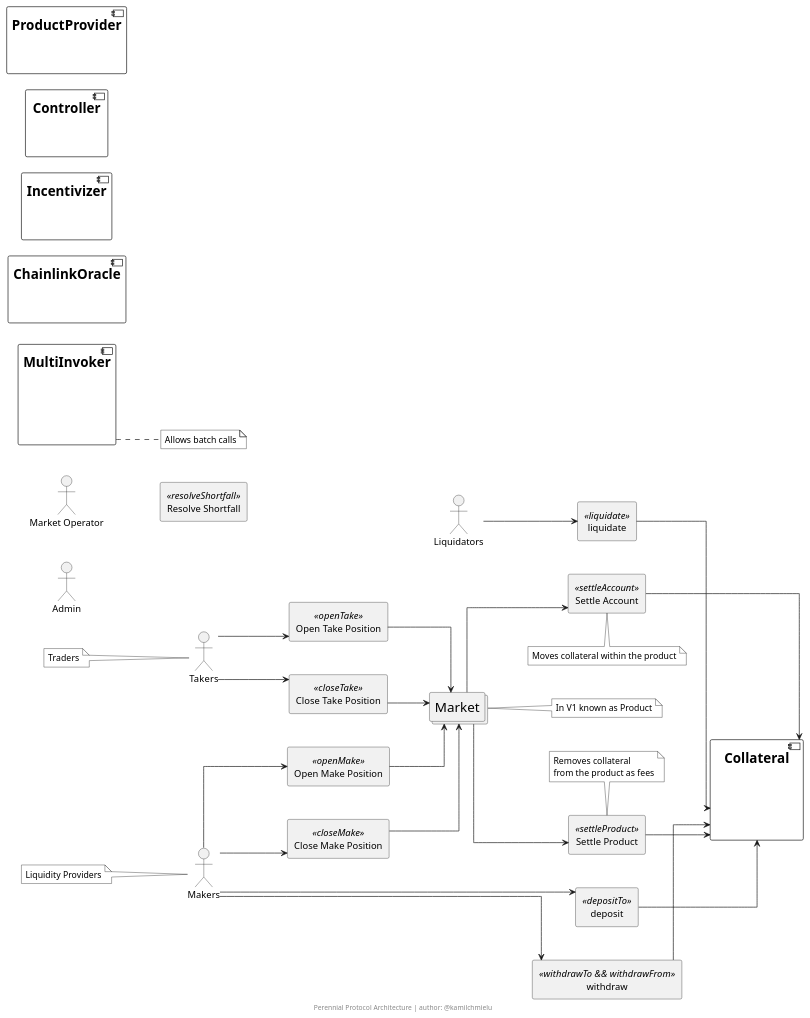
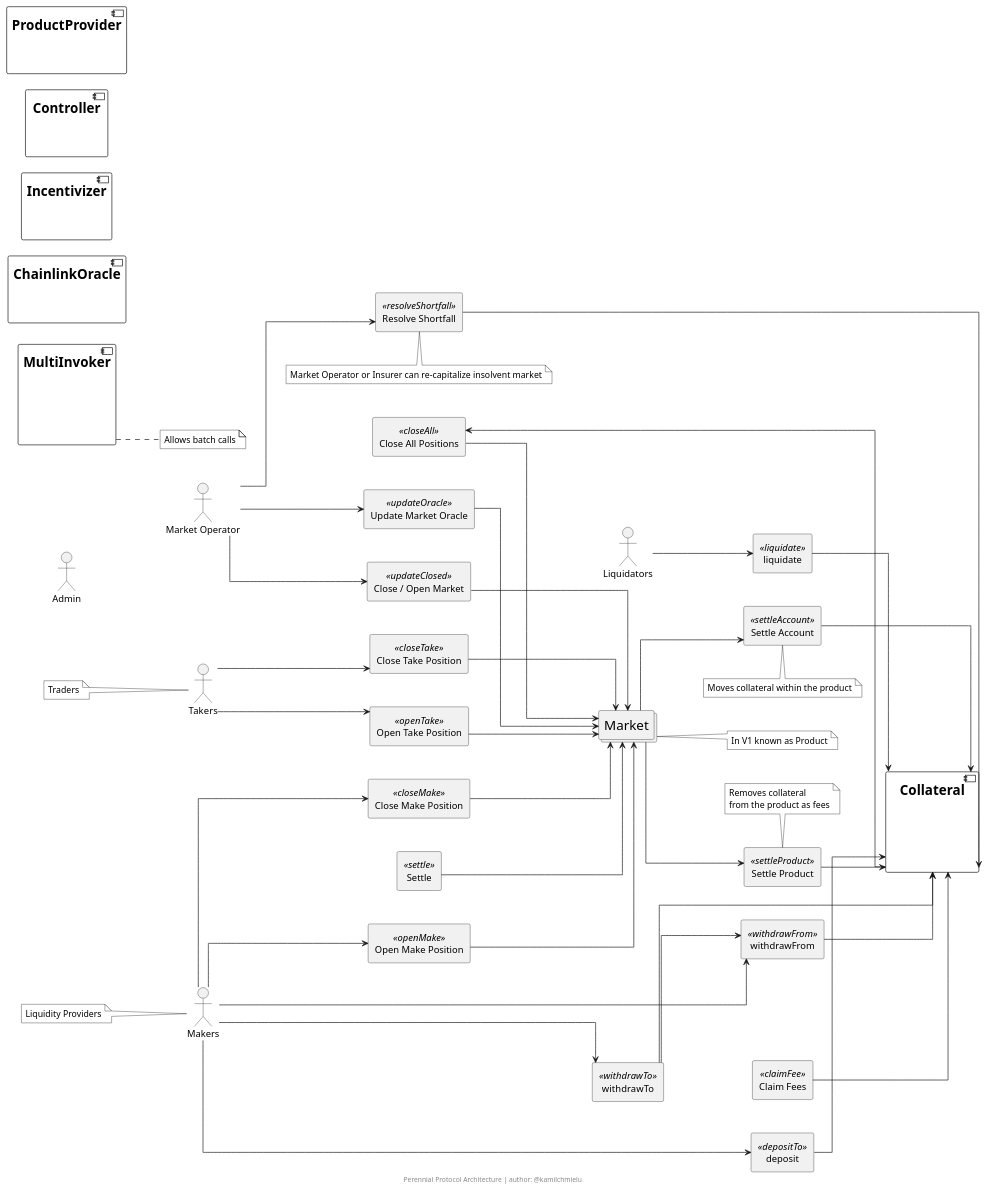
Before and after one commit to ChmielewskiKamil/perennial-notes: the diagram in diagrams/PerennialArchitecture.puml, drawn with PlantUML.

Commit message:
🖼 Add Market functions

```diff
--- a/diagrams/PerennialArchitecture.puml
+++ b/diagrams/PerennialArchitecture.puml
@@ -1,125 +1,145 @@
 @startuml PerennialArchitecture
 
 left to right direction
 
 skinparam linetype ortho
 skinparam nodesep 50
 skinparam ranksep 60
 
 skinparam note {
     BorderColor black
     BackgroundColor white
     FontColor black
 }
 skinparam component {
     FontSize 20
 }
 
 skinparam collections {
     FontSize 20
 }
 
 'Invisible Placeholder'
 skinparam artifact {
     BorderColor invisible
     BackgroundColor transparent
     FontSize 10
     FontColor transparent
 }
 
 /' Actors '/
 actor Liquidators
 actor Makers
 actor Takers
 actor "Market Operator" as MarketOperator
 actor Admin
 
 /' //////////////////////////////////////////////////////////////////
 //                           Core Contracts                        //
 ////////////////////////////////////////////////////////////////// '/
 
 collections Market
 
 component Collateral {
     artifact Placeholder1
 }
 
 component MultiInvoker {
     artifact Placeholder2
 }
 
 component ChainlinkOracle {
     artifact Placeholder3
 }
 
 component Incentivizer {
     artifact Placeholder4
 }
 
 component Controller {
     artifact Placeholder5
 }
 
 component ProductProvider {
     artifact Placeholder6
 }
 
 /' //////////////////////////////////////////////////////////////////
 //                       Contract Functions                        //
 ////////////////////////////////////////////////////////////////// '/
 
 /'Collateral'/
 rectangle deposit <<depositTo>>
-rectangle withdraw <<withdrawTo && withdrawFrom>>
+rectangle withdrawFrom <<withdrawFrom>>
+rectangle withdrawTo <<withdrawTo>>
 rectangle liquidate <<liquidate>>
 rectangle "Settle Account" as settleAccount <<settleAccount>>
 rectangle "Settle Product" as settleProduct <<settleProduct>>
 rectangle "Resolve Shortfall" as resolveShortfall <<resolveShortfall>>
+rectangle "Claim Fees" as claimFee <<claimFee>>
 
 /'Market'/
 rectangle "Open Take Position" as openTake <<openTake>>
 rectangle "Close Take Position" as closeTake <<closeTake>>
 rectangle "Open Make Position" as openMake <<openMake>>
 rectangle "Close Make Position" as closeMake <<closeMake>>
+rectangle "Settle" as settle <<settle>>
+rectangle "Close All Positions" as closeAll <<closeAll>>
+rectangle "Close / Open Market" as updateClosed <<updateClosed>>
+rectangle "Update Market Oracle" as updateOracle <<updateOracle>>
 
 /' //////////////////////////////////////////////////////////////////
 //                           Connections                           //
 ////////////////////////////////////////////////////////////////// '/
 
-'Connections to Collateral contract (Collateral contract functions)'
+'Collateral contract functions'
 deposit --> Collateral
-withdraw --> Collateral
+withdrawTo --> Collateral
+withdrawFrom --> Collateral
+withdrawTo --> withdrawFrom
 liquidate --> Collateral
 settleAccount --> Collateral
 settleProduct --> Collateral
+claimFee --> Collateral
+resolveShortfall --> Collateral
 'Calls to Collateral contract functions'
 Makers --> deposit
-Makers --> withdraw
+Makers --> withdrawTo
+Makers --> withdrawFrom
 Liquidators --> liquidate
 Market --> settleAccount 
 Market --> settleProduct 
+MarketOperator --> resolveShortfall
 
-'Connections to Market contract (Market functions)'
+'Market functions'
 openMake --> Market
 closeMake --> Market
 openTake --> Market
 closeTake --> Market
+settle --> Market
+closeAll --> Market
+updateClosed --> Market
+updateOracle --> Market
 'Calls to Market contract functions'
 Makers --> openMake 
 Makers --> closeMake 
 Takers --> openTake
 Takers --> closeTake
+Collateral --> closeAll
+MarketOperator --> updateClosed
+MarketOperator --> updateOracle
 
 /' //////////////////////////////////////////////////////////////////
 //                             Notes                               //
 ////////////////////////////////////////////////////////////////// '/
 
 note bottom of settleAccount: Moves collateral within the product 
 note top of settleProduct: Removes collateral\nfrom the product as fees
 note right of MultiInvoker: Allows batch calls
 note right of Market: In V1 known as Product
 note left of Makers: Liquidity Providers
 note left of Takers: Traders
+note bottom of resolveShortfall: Market Operator or Insurer can re-capitalize insolvent market
 
 footer Perennial Protocol Architecture | author: @kamilchmielu
 @enduml
```
